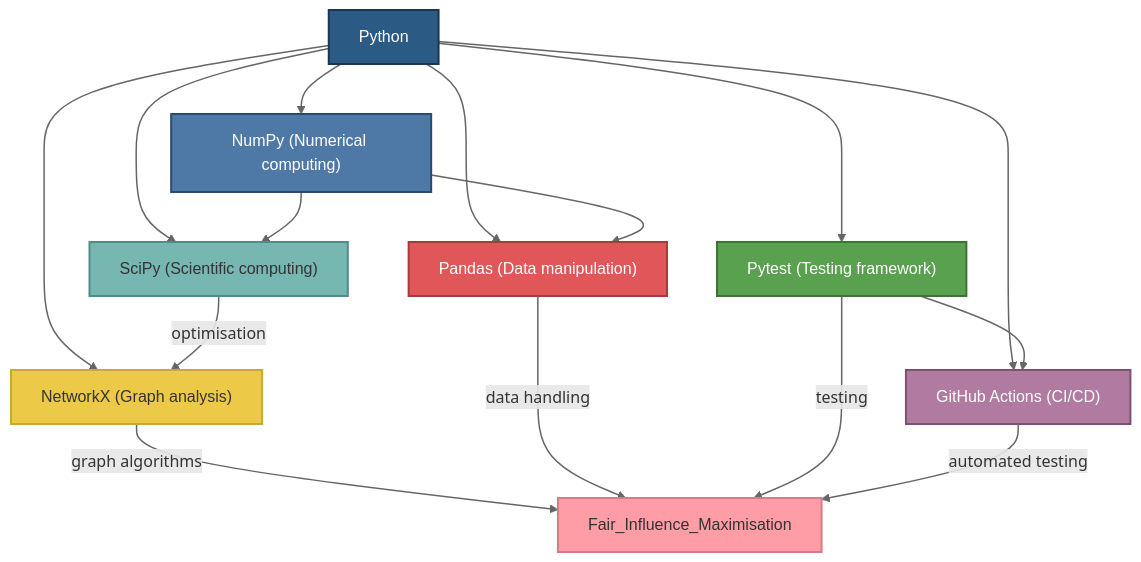
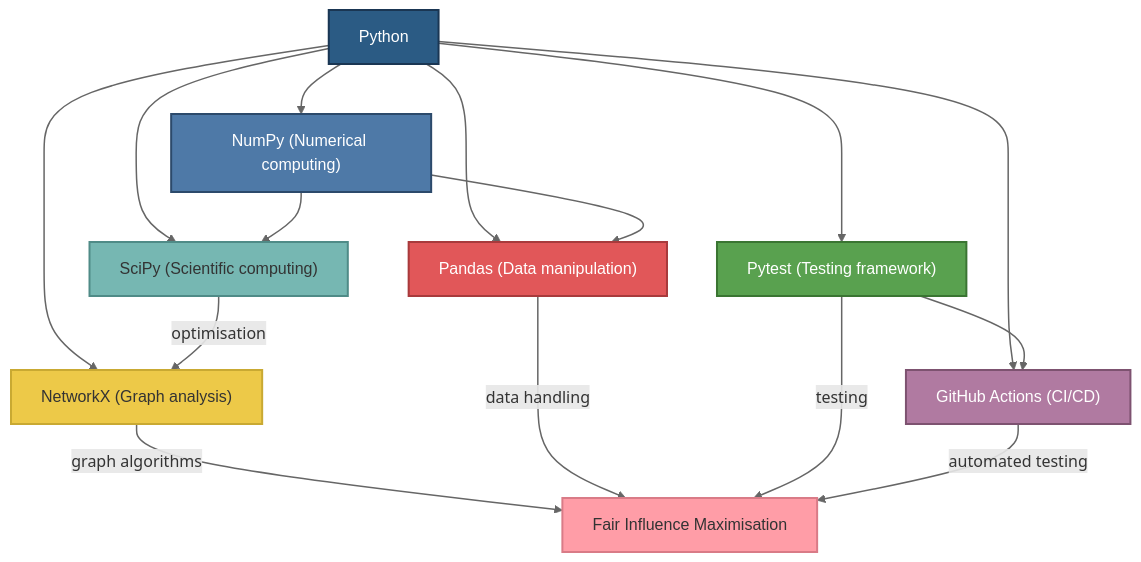
One commit to jacobhogarty/fairim-nu-cost changed the diagram in README.md. Above: the diagram before and after it, drawn with Mermaid.

Commit message:
Adding requirements graph

````diff
--- a/README.md
+++ b/README.md
@@ -69,36 +69,36 @@
 ```mermaid
 graph TD
     Python --> NumPy["NumPy (Numerical computing)"]
     Python --> Pandas["Pandas (Data manipulation)"]
     Python --> SciPy["SciPy (Scientific computing)"]
     Python --> Pytest["Pytest (Testing framework)"]
     Python --> NetworkX["NetworkX (Graph analysis)"]
     Python --> GitHub_Actions["GitHub Actions (CI/CD)"]
     
     %% Core scientific computing dependencies
     NumPy --> SciPy
     NumPy --> Pandas
     
     %% Influence maximisation specific relationships
     SciPy -->|optimisation| NetworkX
-    NetworkX -->|graph algorithms| Fair_Influence_Maximisation
+    NetworkX -->|graph algorithms| Fair_Influence_Maximisation["Fair Influence Maximisation"]
     Pandas -->|data handling| Fair_Influence_Maximisation
     
     %% Testing and CI/CD
     Pytest -->|testing| Fair_Influence_Maximisation
     Pytest --> GitHub_Actions
     GitHub_Actions -->|automated testing| Fair_Influence_Maximisation
     
     style Python fill:#2b5b84,color:white,stroke:#1a3653
     style NumPy fill:#4e79a7,color:white,stroke:#2c4a6b
     style Pandas fill:#e15759,color:white,stroke:#a83a3c
     style SciPy fill:#76b7b2,color:#333,stroke:#4f8b87
     style Pytest fill:#59a14f,color:white,stroke:#3a7532
     style NetworkX fill:#edc948,color:#333,stroke:#c9a932
     style GitHub_Actions fill:#b07aa1,color:white,stroke:#7d5270
     style Fair_Influence_Maximisation fill:#ff9da7,color:#333,stroke:#d97b87
     
     classDef default stroke-width:2px,font-family:Helvetica
     linkStyle default stroke:#666,stroke-width:1.5px
     
 ```
````
